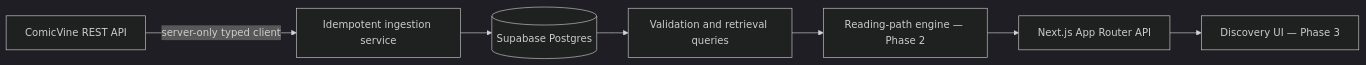
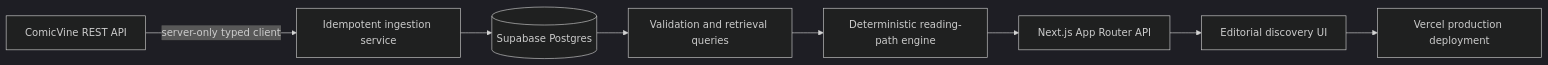
One commit to varun-gangadharan/long-box changed the first of 2 diagrams in README.md. Above: the diagram before and after it, drawn with Mermaid (dark theme). The commit also changed other lines of this file and 7 other files, not shown here.

````diff
--- a/README.md
+++ b/README.md
@@ -21,9 +23,10 @@
 ```mermaid
 flowchart LR
   CV[ComicVine REST API] -->|server-only typed client| I[Idempotent ingestion service]
   I --> P[(Supabase Postgres)]
   P --> Q[Validation and retrieval queries]
-  Q --> E[Reading-path engine — Phase 2]
+  Q --> E[Deterministic reading-path engine]
   E --> A[Next.js App Router API]
-  A --> U[Discovery UI — Phase 3]
+  A --> U[Editorial discovery UI]
+  U --> V[Vercel production deployment]
 ```
````
